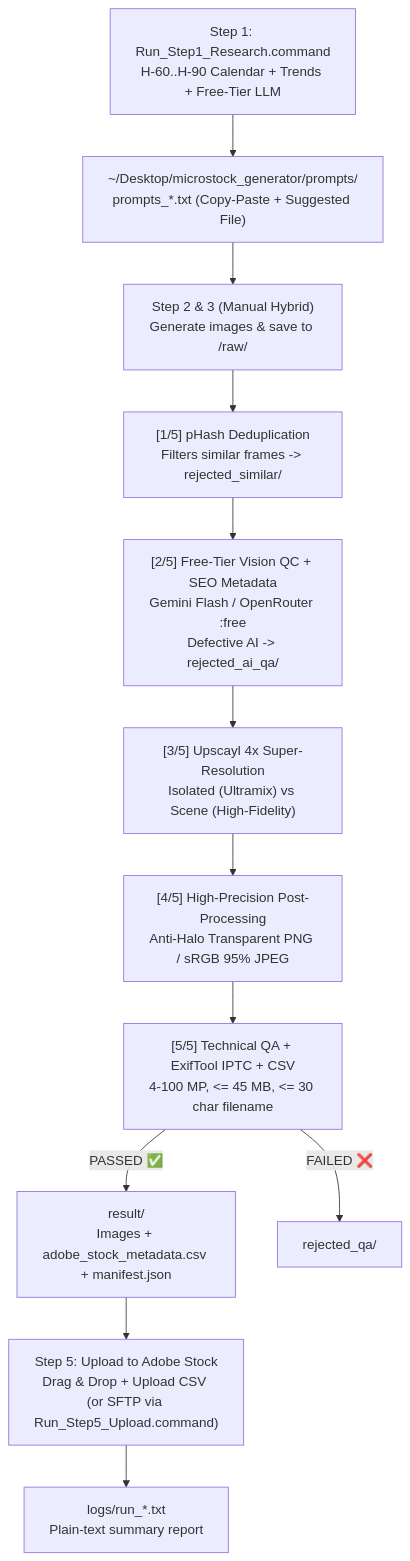
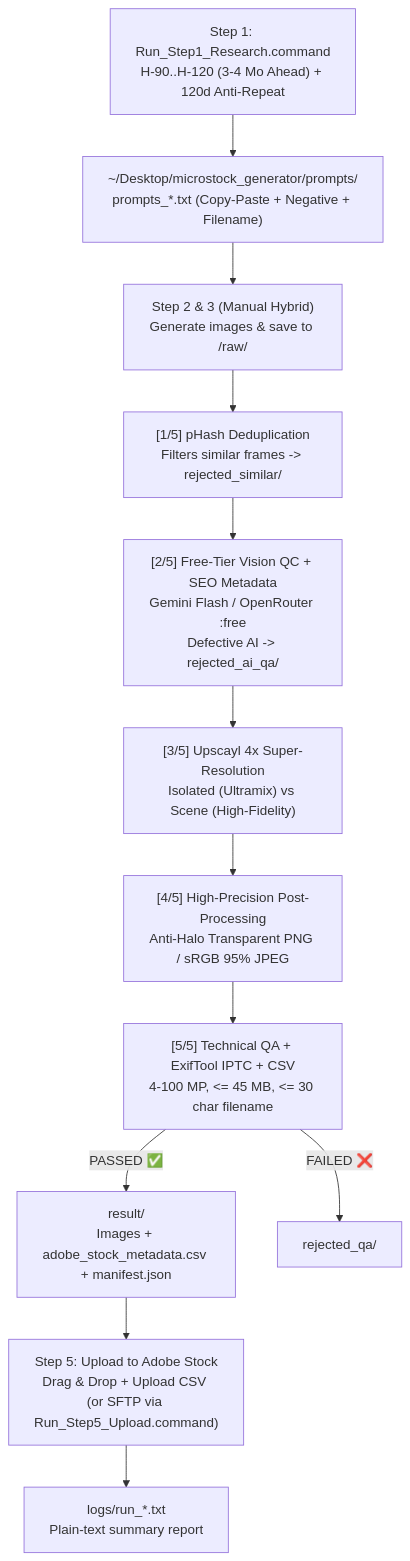
The diagram in README.md (bamsmart/microstock-generator), drawn with Mermaid before and after one commit. The commit also changed other lines of this file and 12 other files, not shown here.

Commit message:
feat: edge-safe isolated studio prompts, pinhole sealing, PNG sRGB ICC, 3-4mo research, and 120d anti-repeat

````diff
--- a/README.md
+++ b/README.md
@@ -45,14 +45,14 @@
 ```mermaid
 flowchart TD
-    S1["Step 1: Run_Step1_Research.command<br>H-60..H-90 Calendar + Trends + Free-Tier LLM"] --> P1["~/Desktop/microstock_generator/prompts/<br>prompts_*.txt (Copy-Paste + Suggested File)"]
+    S1["Step 1: Run_Step1_Research.command<br>H-90..H-120 (3-4 Mo Ahead) + 120d Anti-Repeat"] --> P1["~/Desktop/microstock_generator/prompts/<br>prompts_*.txt (Copy-Paste + Negative + Filename)"]
     P1 --> S2["Step 2 & 3 (Manual Hybrid)<br>Generate images & save to <batch>/raw/"]
     S2 --> B["[1/5] pHash Deduplication<br>Filters similar frames -> rejected_similar/"]
     B --> V["[2/5] Free-Tier Vision QC + SEO Metadata<br>Gemini Flash / OpenRouter :free<br>Defective AI -> rejected_ai_qa/"]
     V --> U["[3/5] Upscayl 4x Super-Resolution<br>Isolated (Ultramix) vs Scene (High-Fidelity)"]
     U --> PP["[4/5] High-Precision Post-Processing<br>Anti-Halo Transparent PNG / sRGB 95% JPEG"]
     PP --> QA["[5/5] Technical QA + ExifTool IPTC + CSV<br>4-100 MP, <= 45 MB, <= 30 char filename"]
     QA -->|"PASSED ✅"| RES["result/<br>Images + adobe_stock_metadata.csv + manifest.json"]
     QA -->|"FAILED ❌"| REJ["rejected_qa/"]
     RES --> UP["Step 5: Upload to Adobe Stock<br>Drag & Drop + Upload CSV (or SFTP via Run_Step5_Upload.command)"]
     UP --> LOG["logs/run_*.txt<br>Plain-text summary report"]
 ```
````
